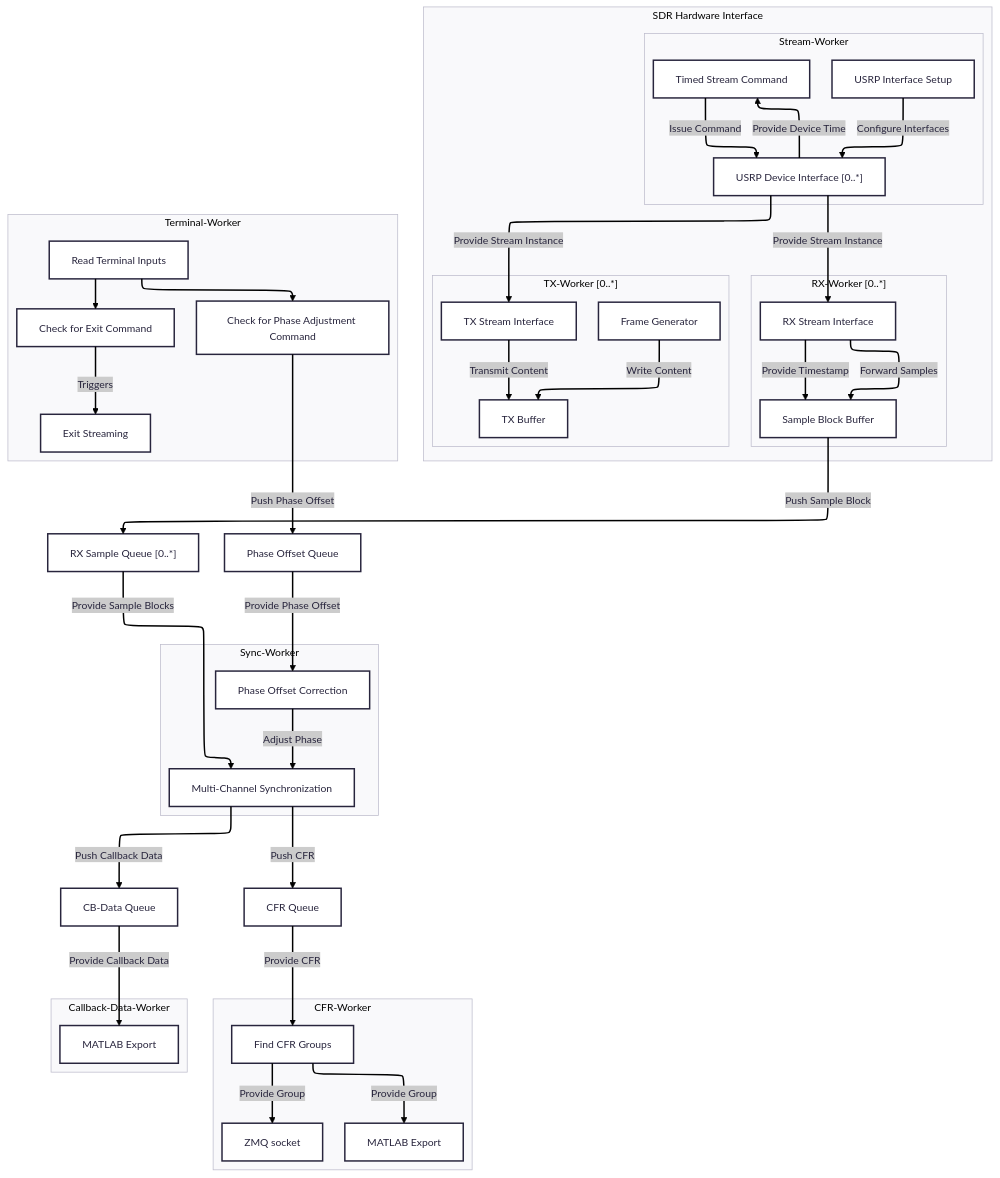
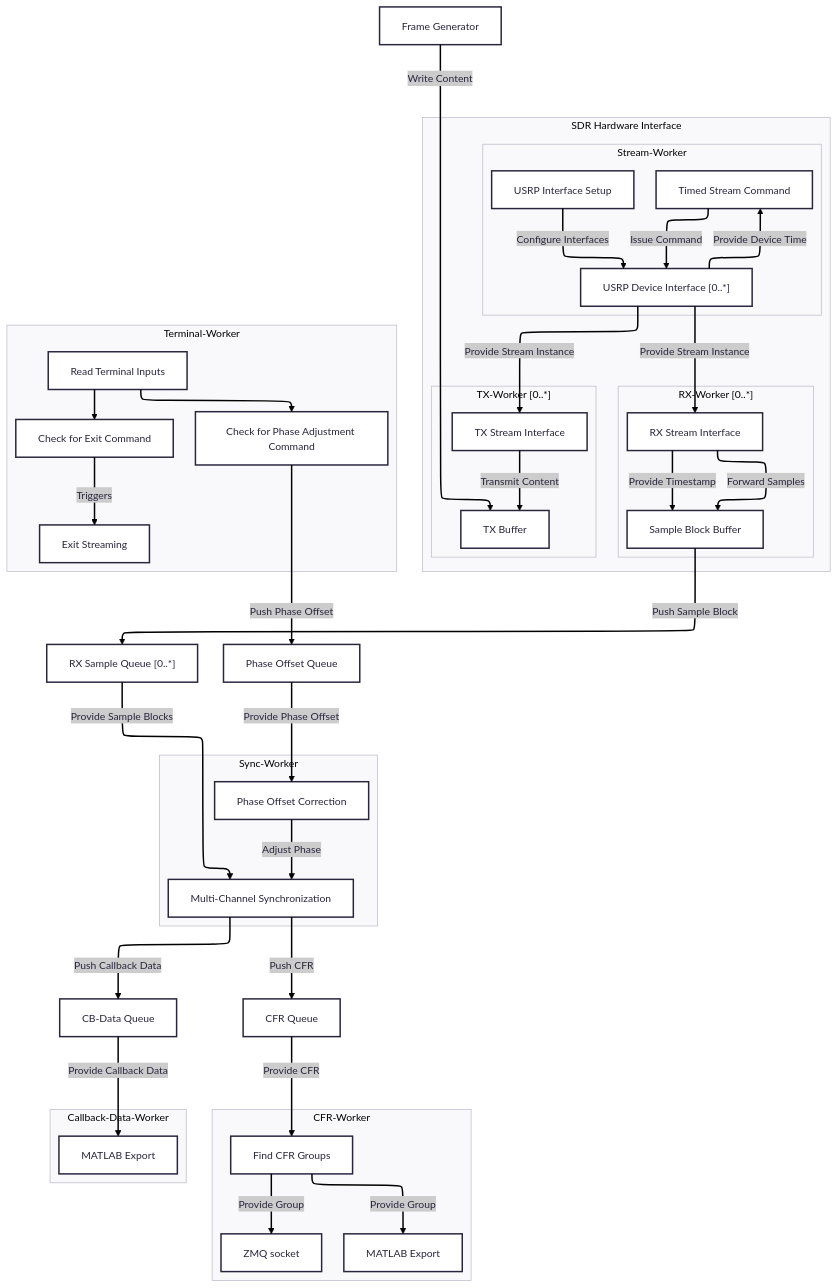
Before and after one commit to F-L-X-S/WLAN-CSI: the diagram in README.md, drawn with Mermaid.

Commit message:
Framegen outside HW INterface

````diff
--- a/README.md
+++ b/README.md
@@ -27,64 +27,64 @@
 ```mermaid
 ---
 config:
   look: classic
   layout: elk
   theme: redux
 ---
 flowchart TD
+FrameGen["Frame Generator"]
 subgraph HardwareInterface["SDR Hardware Interface"]
  subgraph T_StreamWorker["Stream-Worker"]
         UsrpDevices["USRP Device Interface [0..*]"]
         UsrpConf["USRP Interface Setup"]
         StreamConf["Timed Stream Command"]
   end
  subgraph T_RxWorker["RX-Worker [0..*]"]
         RxStream["RX Stream Interface"]
         SampleBlock["Sample Block Buffer"]
   end
  subgraph T_TxWorker["TX-Worker [0..*]"]
         TxStream["TX Stream Interface"]
         TxBuffer["TX Buffer"]
-        FrameGen["Frame Generator"]
   end
 end
  subgraph T_SyncWorker["Sync-Worker"]
         MultiSync["Multi-Channel Synchronization"]
         PhiErrorCorrection["Phase Offset Correction"]
   end
  subgraph T_CfrWorker["CFR-Worker"]
         ZmqSocket["ZMQ socket"]
         MatlabCfrExport["MATLAB Export"]
         FindGroups["Find CFR Groups"]
   end
  subgraph T_CbDataWorker["Callback-Data-Worker"]
         MatlabCbExport["MATLAB Export"]
   end
  subgraph T_TerminalWorker["Terminal-Worker"]
         CheckForPhaseCmd["Check for Phase Adjustment Command"]
         CheckForExitCmd["Check for Exit Command"]
         Exit["Exit Streaming"]
         ReadInput["Read Terminal Inputs"]
   end
     UsrpConf -- Configure Interfaces ---> UsrpDevices
     UsrpDevices -- Provide Device Time --> StreamConf
     StreamConf -- Issue Command  --> UsrpDevices
     UsrpDevices -- Provide Stream Instance ---> RxStream & TxStream
     RxStream -- Forward Samples --> SampleBlock
     RxStream -- Provide Timestamp --> SampleBlock
     SampleBlock -- Push Sample Block --> RxSampleQueue["RX Sample Queue [0..*]"]
     CheckForPhaseCmd -- Push Phase Offset ---> PhiErrorQueue["Phase Offset Queue"]
     PhiErrorQueue -- Provide Phase Offset ---> PhiErrorCorrection
     PhiErrorCorrection -- Adjust Phase ---> MultiSync
     RxSampleQueue -- Provide Sample Blocks ---> MultiSync
     FrameGen -- Write Content ---> TxBuffer
     TxStream -- Transmit Content ---> TxBuffer
     MultiSync -- Push Callback Data ---> CbDataQueue["CB-Data Queue"]
     CbDataQueue -- Provide Callback Data ---> MatlabCbExport
     MultiSync -- Push CFR ---> CfrQueue["CFR Queue"]
     CfrQueue -- Provide CFR ---> FindGroups
     FindGroups -- Provide Group ---> ZmqSocket & MatlabCfrExport
     ReadInput -----> CheckForPhaseCmd & CheckForExitCmd
     CheckForExitCmd -- Triggers ---> Exit
 
 ```
````
